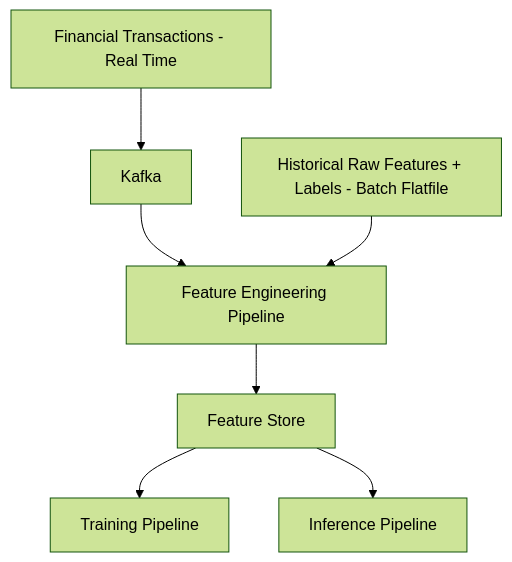
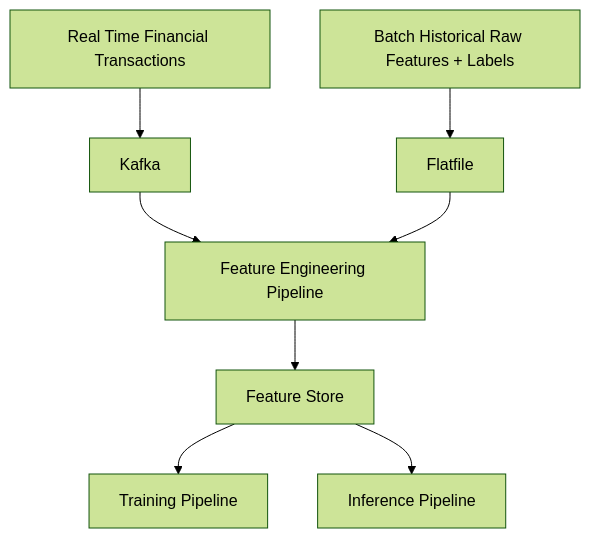
The diagram in README.md (calebhadley1/financial-crime), drawn with Mermaid (forest theme) before and after one commit.

Commit message:
readme updates

````diff
--- a/README.md
+++ b/README.md
@@ -27,10 +27,12 @@
 ```mermaid
 graph TD;
-    A[Financial Transactions - Real Time] --> B[Kafka]
+    A[Real Time Financial Transactions] --> B[Kafka]
     B --> C[Feature Engineering Pipeline]
     C --> D[Feature Store]
     D --> E[Training Pipeline]
     D --> F[Inference Pipeline]
 
-    G[Historical Raw Features + Labels - Batch Flatfile] --> C
+    G[Batch Historical Raw Features + Labels] --> H[Flatfile]
+    H --> C
+
 ```
````
